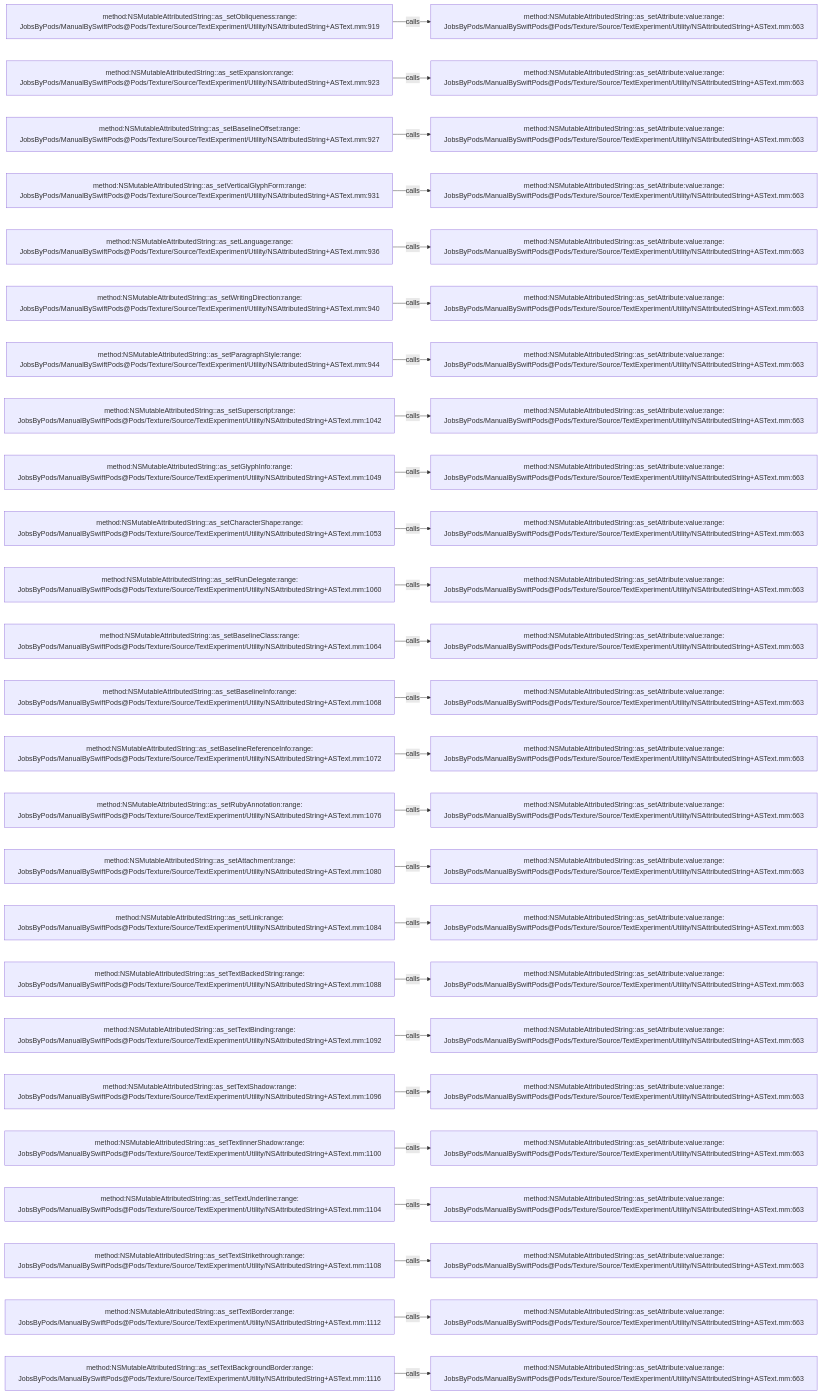
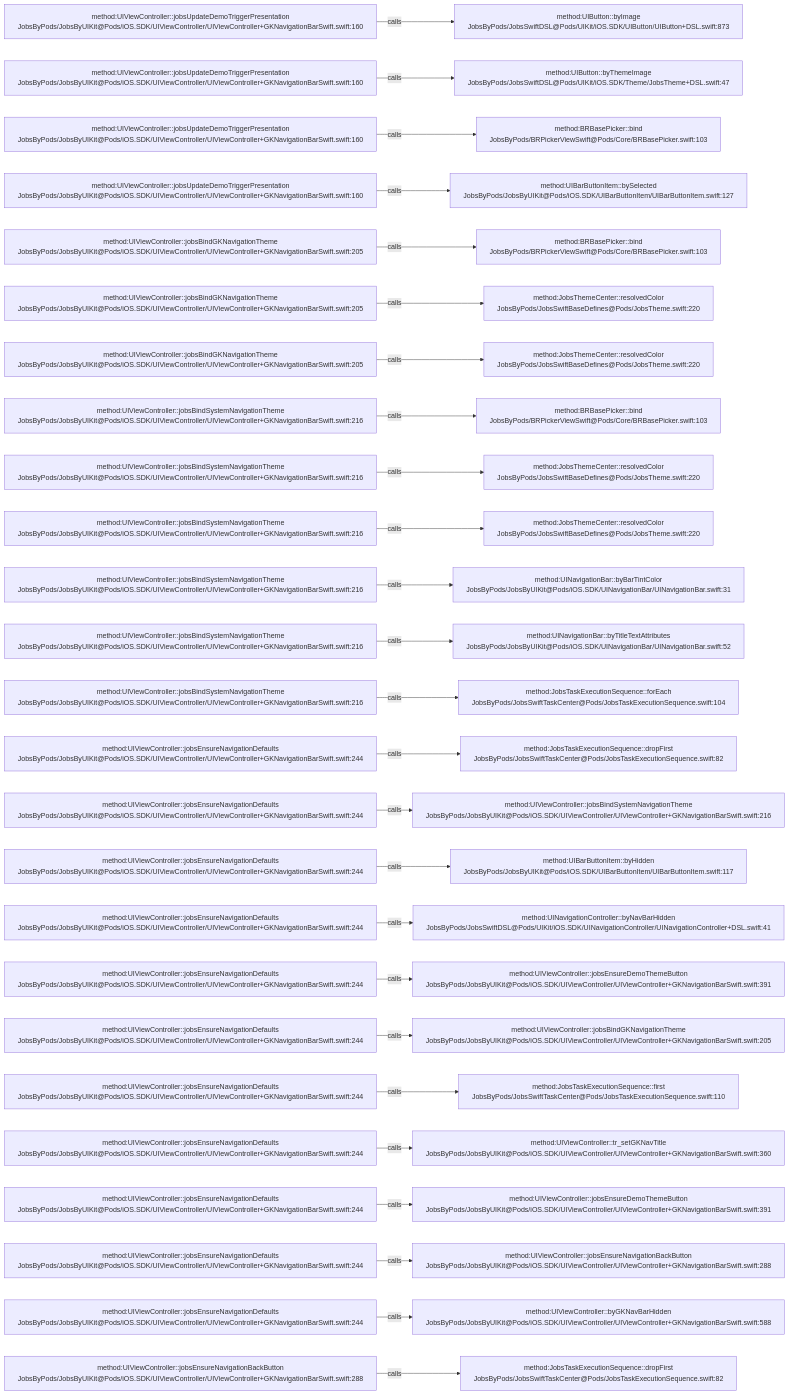
One commit to JobsKits/JobsSwiftBaseConfigDemo changed the diagram in .codegraph/codegraph.md/graphs/calls-146.md. Above: the diagram before and after it, drawn with Mermaid. The commit also changed 224 other files, not shown here.

````diff
--- a/.codegraph/codegraph.md/graphs/calls-146.md
+++ b/.codegraph/codegraph.md/graphs/calls-146.md
@@ -13,78 +13,78 @@
 ```mermaid
 flowchart LR
-  S1["method:NSMutableAttributedString::as_setObliqueness:range:<br/>JobsByPods/ManualBySwiftPods@Pods/Texture/Source/TextExperiment/Utility/NSAttributedString+ASText.mm:919"]
-  T1["method:NSMutableAttributedString::as_setAttribute:value:range:<br/>JobsByPods/ManualBySwiftPods@Pods/Texture/Source/TextExperiment/Utility/NSAttributedString+ASText.mm:663"]
+  S1["method:UIViewController::jobsUpdateDemoTriggerPresentation<br/>JobsByPods/JobsByUIKit@Pods/iOS.SDK/UIViewController/UIViewController+GKNavigationBarSwift.swift:160"]
+  T1["method:UIButton::byImage<br/>JobsByPods/JobsSwiftDSL@Pods/UIKit/iOS.SDK/UIButton/UIButton+DSL.swift:873"]
   S1 -->|calls| T1
-  S2["method:NSMutableAttributedString::as_setExpansion:range:<br/>JobsByPods/ManualBySwiftPods@Pods/Texture/Source/TextExperiment/Utility/NSAttributedString+ASText.mm:923"]
-  T2["method:NSMutableAttributedString::as_setAttribute:value:range:<br/>JobsByPods/ManualBySwiftPods@Pods/Texture/Source/TextExperiment/Utility/NSAttributedString+ASText.mm:663"]
+  S2["method:UIViewController::jobsUpdateDemoTriggerPresentation<br/>JobsByPods/JobsByUIKit@Pods/iOS.SDK/UIViewController/UIViewController+GKNavigationBarSwift.swift:160"]
+  T2["method:UIButton::byThemeImage<br/>JobsByPods/JobsSwiftDSL@Pods/UIKit/iOS.SDK/Theme/JobsTheme+DSL.swift:47"]
   S2 -->|calls| T2
-  S3["method:NSMutableAttributedString::as_setBaselineOffset:range:<br/>JobsByPods/ManualBySwiftPods@Pods/Texture/Source/TextExperiment/Utility/NSAttributedString+ASText.mm:927"]
-  T3["method:NSMutableAttributedString::as_setAttribute:value:range:<br/>JobsByPods/ManualBySwiftPods@Pods/Texture/Source/TextExperiment/Utility/NSAttributedString+ASText.mm:663"]
+  S3["method:UIViewController::jobsUpdateDemoTriggerPresentation<br/>JobsByPods/JobsByUIKit@Pods/iOS.SDK/UIViewController/UIViewController+GKNavigationBarSwift.swift:160"]
+  T3["method:BRBasePicker::bind<br/>JobsByPods/BRPickerViewSwift@Pods/Core/BRBasePicker.swift:103"]
   S3 -->|calls| T3
-  S4["method:NSMutableAttributedString::as_setVerticalGlyphForm:range:<br/>JobsByPods/ManualBySwiftPods@Pods/Texture/Source/TextExperiment/Utility/NSAttributedString+ASText.mm:931"]
-  T4["method:NSMutableAttributedString::as_setAttribute:value:range:<br/>JobsByPods/ManualBySwiftPods@Pods/Texture/Source/TextExperiment/Utility/NSAttributedString+ASText.mm:663"]
+  S4["method:UIViewController::jobsUpdateDemoTriggerPresentation<br/>JobsByPods/JobsByUIKit@Pods/iOS.SDK/UIViewController/UIViewController+GKNavigationBarSwift.swift:160"]
+  T4["method:UIBarButtonItem::bySelected<br/>JobsByPods/JobsByUIKit@Pods/iOS.SDK/UIBarButtonItem/UIBarButtonItem.swift:127"]
   S4 -->|calls| T4
-  S5["method:NSMutableAttributedString::as_setLanguage:range:<br/>JobsByPods/ManualBySwiftPods@Pods/Texture/Source/TextExperiment/Utility/NSAttributedString+ASText.mm:936"]
-  T5["method:NSMutableAttributedString::as_setAttribute:value:range:<br/>JobsByPods/ManualBySwiftPods@Pods/Texture/Source/TextExperiment/Utility/NSAttributedString+ASText.mm:663"]
+  S5["method:UIViewController::jobsBindGKNavigationTheme<br/>JobsByPods/JobsByUIKit@Pods/iOS.SDK/UIViewController/UIViewController+GKNavigationBarSwift.swift:205"]
+  T5["method:BRBasePicker::bind<br/>JobsByPods/BRPickerViewSwift@Pods/Core/BRBasePicker.swift:103"]
   S5 -->|calls| T5
-  S6["method:NSMutableAttributedString::as_setWritingDirection:range:<br/>JobsByPods/ManualBySwiftPods@Pods/Texture/Source/TextExperiment/Utility/NSAttributedString+ASText.mm:940"]
-  T6["method:NSMutableAttributedString::as_setAttribute:value:range:<br/>JobsByPods/ManualBySwiftPods@Pods/Texture/Source/TextExperiment/Utility/NSAttributedString+ASText.mm:663"]
+  S6["method:UIViewController::jobsBindGKNavigationTheme<br/>JobsByPods/JobsByUIKit@Pods/iOS.SDK/UIViewController/UIViewController+GKNavigationBarSwift.swift:205"]
+  T6["method:JobsThemeCenter::resolvedColor<br/>JobsByPods/JobsSwiftBaseDefines@Pods/JobsTheme.swift:220"]
   S6 -->|calls| T6
-  S7["method:NSMutableAttributedString::as_setParagraphStyle:range:<br/>JobsByPods/ManualBySwiftPods@Pods/Texture/Source/TextExperiment/Utility/NSAttributedString+ASText.mm:944"]
-  T7["method:NSMutableAttributedString::as_setAttribute:value:range:<br/>JobsByPods/ManualBySwiftPods@Pods/Texture/Source/TextExperiment/Utility/NSAttributedString+ASText.mm:663"]
+  S7["method:UIViewController::jobsBindGKNavigationTheme<br/>JobsByPods/JobsByUIKit@Pods/iOS.SDK/UIViewController/UIViewController+GKNavigationBarSwift.swift:205"]
+  T7["method:JobsThemeCenter::resolvedColor<br/>JobsByPods/JobsSwiftBaseDefines@Pods/JobsTheme.swift:220"]
   S7 -->|calls| T7
-  S8["method:NSMutableAttributedString::as_setSuperscript:range:<br/>JobsByPods/ManualBySwiftPods@Pods/Texture/Source/TextExperiment/Utility/NSAttributedString+ASText.mm:1042"]
-  T8["method:NSMutableAttributedString::as_setAttribute:value:range:<br/>JobsByPods/ManualBySwiftPods@Pods/Texture/Source/TextExperiment/Utility/NSAttributedString+ASText.mm:663"]
+  S8["method:UIViewController::jobsBindSystemNavigationTheme<br/>JobsByPods/JobsByUIKit@Pods/iOS.SDK/UIViewController/UIViewController+GKNavigationBarSwift.swift:216"]
+  T8["method:BRBasePicker::bind<br/>JobsByPods/BRPickerViewSwift@Pods/Core/BRBasePicker.swift:103"]
   S8 -->|calls| T8
-  S9["method:NSMutableAttributedString::as_setGlyphInfo:range:<br/>JobsByPods/ManualBySwiftPods@Pods/Texture/Source/TextExperiment/Utility/NSAttributedString+ASText.mm:1049"]
-  T9["method:NSMutableAttributedString::as_setAttribute:value:range:<br/>JobsByPods/ManualBySwiftPods@Pods/Texture/Source/TextExperiment/Utility/NSAttributedString+ASText.mm:663"]
+  S9["method:UIViewController::jobsBindSystemNavigationTheme<br/>JobsByPods/JobsByUIKit@Pods/iOS.SDK/UIViewController/UIViewController+GKNavigationBarSwift.swift:216"]
+  T9["method:JobsThemeCenter::resolvedColor<br/>JobsByPods/JobsSwiftBaseDefines@Pods/JobsTheme.swift:220"]
   S9 -->|calls| T9
-  S10["method:NSMutableAttributedString::as_setCharacterShape:range:<br/>JobsByPods/ManualBySwiftPods@Pods/Texture/Source/TextExperiment/Utility/NSAttributedString+ASText.mm:1053"]
-  T10["method:NSMutableAttributedString::as_setAttribute:value:range:<br/>JobsByPods/ManualBySwiftPods@Pods/Texture/Source/TextExperiment/Utility/NSAttributedString+ASText.mm:663"]
+  S10["method:UIViewController::jobsBindSystemNavigationTheme<br/>JobsByPods/JobsByUIKit@Pods/iOS.SDK/UIViewController/UIViewController+GKNavigationBarSwift.swift:216"]
+  T10["method:JobsThemeCenter::resolvedColor<br/>JobsByPods/JobsSwiftBaseDefines@Pods/JobsTheme.swift:220"]
   S10 -->|calls| T10
-  S11["method:NSMutableAttributedString::as_setRunDelegate:range:<br/>JobsByPods/ManualBySwiftPods@Pods/Texture/Source/TextExperiment/Utility/NSAttributedString+ASText.mm:1060"]
-  T11["method:NSMutableAttributedString::as_setAttribute:value:range:<br/>JobsByPods/ManualBySwiftPods@Pods/Texture/Source/TextExperiment/Utility/NSAttributedString+ASText.mm:663"]
+  S11["method:UIViewController::jobsBindSystemNavigationTheme<br/>JobsByPods/JobsByUIKit@Pods/iOS.SDK/UIViewController/UIViewController+GKNavigationBarSwift.swift:216"]
+  T11["method:UINavigationBar::byBarTintColor<br/>JobsByPods/JobsByUIKit@Pods/iOS.SDK/UINavigationBar/UINavigationBar.swift:31"]
   S11 -->|calls| T11
-  S12["method:NSMutableAttributedString::as_setBaselineClass:range:<br/>JobsByPods/ManualBySwiftPods@Pods/Texture/Source/TextExperiment/Utility/NSAttributedString+ASText.mm:1064"]
-  T12["method:NSMutableAttributedString::as_setAttribute:value:range:<br/>JobsByPods/ManualBySwiftPods@Pods/Texture/Source/TextExperiment/Utility/NSAttributedString+ASText.mm:663"]
+  S12["method:UIViewController::jobsBindSystemNavigationTheme<br/>JobsByPods/JobsByUIKit@Pods/iOS.SDK/UIViewController/UIViewController+GKNavigationBarSwift.swift:216"]
+  T12["method:UINavigationBar::byTitleTextAttributes<br/>JobsByPods/JobsByUIKit@Pods/iOS.SDK/UINavigationBar/UINavigationBar.swift:52"]
   S12 -->|calls| T12
-  S13["method:NSMutableAttributedString::as_setBaselineInfo:range:<br/>JobsByPods/ManualBySwiftPods@Pods/Texture/Source/TextExperiment/Utility/NSAttributedString+ASText.mm:1068"]
-  T13["method:NSMutableAttributedString::as_setAttribute:value:range:<br/>JobsByPods/ManualBySwiftPods@Pods/Texture/Source/TextExperiment/Utility/NSAttributedString+ASText.mm:663"]
+  S13["method:UIViewController::jobsBindSystemNavigationTheme<br/>JobsByPods/JobsByUIKit@Pods/iOS.SDK/UIViewController/UIViewController+GKNavigationBarSwift.swift:216"]
+  T13["method:JobsTaskExecutionSequence::forEach<br/>JobsByPods/JobsSwiftTaskCenter@Pods/JobsTaskExecutionSequence.swift:104"]
   S13 -->|calls| T13
-  S14["method:NSMutableAttributedString::as_setBaselineReferenceInfo:range:<br/>JobsByPods/ManualBySwiftPods@Pods/Texture/Source/TextExperiment/Utility/NSAttributedString+ASText.mm:1072"]
-  T14["method:NSMutableAttributedString::as_setAttribute:value:range:<br/>JobsByPods/ManualBySwiftPods@Pods/Texture/Source/TextExperiment/Utility/NSAttributedString+ASText.mm:663"]
+  S14["method:UIViewController::jobsEnsureNavigationDefaults<br/>JobsByPods/JobsByUIKit@Pods/iOS.SDK/UIViewController/UIViewController+GKNavigationBarSwift.swift:244"]
+  T14["method:JobsTaskExecutionSequence::dropFirst<br/>JobsByPods/JobsSwiftTaskCenter@Pods/JobsTaskExecutionSequence.swift:82"]
   S14 -->|calls| T14
-  S15["method:NSMutableAttributedString::as_setRubyAnnotation:range:<br/>JobsByPods/ManualBySwiftPods@Pods/Texture/Source/TextExperiment/Utility/NSAttributedString+ASText.mm:1076"]
-  T15["method:NSMutableAttributedString::as_setAttribute:value:range:<br/>JobsByPods/ManualBySwiftPods@Pods/Texture/Source/TextExperiment/Utility/NSAttributedString+ASText.mm:663"]
+  S15["method:UIViewController::jobsEnsureNavigationDefaults<br/>JobsByPods/JobsByUIKit@Pods/iOS.SDK/UIViewController/UIViewController+GKNavigationBarSwift.swift:244"]
+  T15["method:UIViewController::jobsBindSystemNavigationTheme<br/>JobsByPods/JobsByUIKit@Pods/iOS.SDK/UIViewController/UIViewController+GKNavigationBarSwift.swift:216"]
   S15 -->|calls| T15
-  S16["method:NSMutableAttributedString::as_setAttachment:range:<br/>JobsByPods/ManualBySwiftPods@Pods/Texture/Source/TextExperiment/Utility/NSAttributedString+ASText.mm:1080"]
-  T16["method:NSMutableAttributedString::as_setAttribute:value:range:<br/>JobsByPods/ManualBySwiftPods@Pods/Texture/Source/TextExperiment/Utility/NSAttributedString+ASText.mm:663"]
+  S16["method:UIViewController::jobsEnsureNavigationDefaults<br/>JobsByPods/JobsByUIKit@Pods/iOS.SDK/UIViewController/UIViewController+GKNavigationBarSwift.swift:244"]
+  T16["method:UIBarButtonItem::byHidden<br/>JobsByPods/JobsByUIKit@Pods/iOS.SDK/UIBarButtonItem/UIBarButtonItem.swift:117"]
   S16 -->|calls| T16
-  S17["method:NSMutableAttributedString::as_setLink:range:<br/>JobsByPods/ManualBySwiftPods@Pods/Texture/Source/TextExperiment/Utility/NSAttributedString+ASText.mm:1084"]
-  T17["method:NSMutableAttributedString::as_setAttribute:value:range:<br/>JobsByPods/ManualBySwiftPods@Pods/Texture/Source/TextExperiment/Utility/NSAttributedString+ASText.mm:663"]
+  S17["method:UIViewController::jobsEnsureNavigationDefaults<br/>JobsByPods/JobsByUIKit@Pods/iOS.SDK/UIViewController/UIViewController+GKNavigationBarSwift.swift:244"]
+  T17["method:UINavigationController::byNavBarHidden<br/>JobsByPods/JobsSwiftDSL@Pods/UIKit/iOS.SDK/UINavigationController/UINavigationController+DSL.swift:41"]
   S17 -->|calls| T17
-  S18["method:NSMutableAttributedString::as_setTextBackedString:range:<br/>JobsByPods/ManualBySwiftPods@Pods/Texture/Source/TextExperiment/Utility/NSAttributedString+ASText.mm:1088"]
-  T18["method:NSMutableAttributedString::as_setAttribute:value:range:<br/>JobsByPods/ManualBySwiftPods@Pods/Texture/Source/TextExperiment/Utility/NSAttributedString+ASText.mm:663"]
+  S18["method:UIViewController::jobsEnsureNavigationDefaults<br/>JobsByPods/JobsByUIKit@Pods/iOS.SDK/UIViewController/UIViewController+GKNavigationBarSwift.swift:244"]
+  T18["method:UIViewController::jobsEnsureDemoThemeButton<br/>JobsByPods/JobsByUIKit@Pods/iOS.SDK/UIViewController/UIViewController+GKNavigationBarSwift.swift:391"]
   S18 -->|calls| T18
-  S19["method:NSMutableAttributedString::as_setTextBinding:range:<br/>JobsByPods/ManualBySwiftPods@Pods/Texture/Source/TextExperiment/Utility/NSAttributedString+ASText.mm:1092"]
-  T19["method:NSMutableAttributedString::as_setAttribute:value:range:<br/>JobsByPods/ManualBySwiftPods@Pods/Texture/Source/TextExperiment/Utility/NSAttributedString+ASText.mm:663"]
+  S19["method:UIViewController::jobsEnsureNavigationDefaults<br/>JobsByPods/JobsByUIKit@Pods/iOS.SDK/UIViewController/UIViewController+GKNavigationBarSwift.swift:244"]
+  T19["method:UIViewController::jobsBindGKNavigationTheme<br/>JobsByPods/JobsByUIKit@Pods/iOS.SDK/UIViewController/UIViewController+GKNavigationBarSwift.swift:205"]
   S19 -->|calls| T19
-  S20["method:NSMutableAttributedString::as_setTextShadow:range:<br/>JobsByPods/ManualBySwiftPods@Pods/Texture/Source/TextExperiment/Utility/NSAttributedString+ASText.mm:1096"]
-  T20["method:NSMutableAttributedString::as_setAttribute:value:range:<br/>JobsByPods/ManualBySwiftPods@Pods/Texture/Source/TextExperiment/Utility/NSAttributedString+ASText.mm:663"]
+  S20["method:UIViewController::jobsEnsureNavigationDefaults<br/>JobsByPods/JobsByUIKit@Pods/iOS.SDK/UIViewController/UIViewController+GKNavigationBarSwift.swift:244"]
+  T20["method:JobsTaskExecutionSequence::first<br/>JobsByPods/JobsSwiftTaskCenter@Pods/JobsTaskExecutionSequence.swift:110"]
   S20 -->|calls| T20
-  S21["method:NSMutableAttributedString::as_setTextInnerShadow:range:<br/>JobsByPods/ManualBySwiftPods@Pods/Texture/Source/TextExperiment/Utility/NSAttributedString+ASText.mm:1100"]
-  T21["method:NSMutableAttributedString::as_setAttribute:value:range:<br/>JobsByPods/ManualBySwiftPods@Pods/Texture/Source/TextExperiment/Utility/NSAttributedString+ASText.mm:663"]
+  S21["method:UIViewController::jobsEnsureNavigationDefaults<br/>JobsByPods/JobsByUIKit@Pods/iOS.SDK/UIViewController/UIViewController+GKNavigationBarSwift.swift:244"]
+  T21["method:UIViewController::tr_setGKNavTitle<br/>JobsByPods/JobsByUIKit@Pods/iOS.SDK/UIViewController/UIViewController+GKNavigationBarSwift.swift:360"]
   S21 -->|calls| T21
-  S22["method:NSMutableAttributedString::as_setTextUnderline:range:<br/>JobsByPods/ManualBySwiftPods@Pods/Texture/Source/TextExperiment/Utility/NSAttributedString+ASText.mm:1104"]
-  T22["method:NSMutableAttributedString::as_setAttribute:value:range:<br/>JobsByPods/ManualBySwiftPods@Pods/Texture/Source/TextExperiment/Utility/NSAttributedString+ASText.mm:663"]
+  S22["method:UIViewController::jobsEnsureNavigationDefaults<br/>JobsByPods/JobsByUIKit@Pods/iOS.SDK/UIViewController/UIViewController+GKNavigationBarSwift.swift:244"]
+  T22["method:UIViewController::jobsEnsureDemoThemeButton<br/>JobsByPods/JobsByUIKit@Pods/iOS.SDK/UIViewController/UIViewController+GKNavigationBarSwift.swift:391"]
   S22 -->|calls| T22
-  S23["method:NSMutableAttributedString::as_setTextStrikethrough:range:<br/>JobsByPods/ManualBySwiftPods@Pods/Texture/Source/TextExperiment/Utility/NSAttributedString+ASText.mm:1108"]
-  T23["method:NSMutableAttributedString::as_setAttribute:value:range:<br/>JobsByPods/ManualBySwiftPods@Pods/Texture/Source/TextExperiment/Utility/NSAttributedString+ASText.mm:663"]
+  S23["method:UIViewController::jobsEnsureNavigationDefaults<br/>JobsByPods/JobsByUIKit@Pods/iOS.SDK/UIViewController/UIViewController+GKNavigationBarSwift.swift:244"]
+  T23["method:UIViewController::jobsEnsureNavigationBackButton<br/>JobsByPods/JobsByUIKit@Pods/iOS.SDK/UIViewController/UIViewController+GKNavigationBarSwift.swift:288"]
   S23 -->|calls| T23
-  S24["method:NSMutableAttributedString::as_setTextBorder:range:<br/>JobsByPods/ManualBySwiftPods@Pods/Texture/Source/TextExperiment/Utility/NSAttributedString+ASText.mm:1112"]
-  T24["method:NSMutableAttributedString::as_setAttribute:value:range:<br/>JobsByPods/ManualBySwiftPods@Pods/Texture/Source/TextExperiment/Utility/NSAttributedString+ASText.mm:663"]
+  S24["method:UIViewController::jobsEnsureNavigationDefaults<br/>JobsByPods/JobsByUIKit@Pods/iOS.SDK/UIViewController/UIViewController+GKNavigationBarSwift.swift:244"]
+  T24["method:UIViewController::byGKNavBarHidden<br/>JobsByPods/JobsByUIKit@Pods/iOS.SDK/UIViewController/UIViewController+GKNavigationBarSwift.swift:588"]
   S24 -->|calls| T24
-  S25["method:NSMutableAttributedString::as_setTextBackgroundBorder:range:<br/>JobsByPods/ManualBySwiftPods@Pods/Texture/Source/TextExperiment/Utility/NSAttributedString+ASText.mm:1116"]
-  T25["method:NSMutableAttributedString::as_setAttribute:value:range:<br/>JobsByPods/ManualBySwiftPods@Pods/Texture/Source/TextExperiment/Utility/NSAttributedString+ASText.mm:663"]
+  S25["method:UIViewController::jobsEnsureNavigationBackButton<br/>JobsByPods/JobsByUIKit@Pods/iOS.SDK/UIViewController/UIViewController+GKNavigationBarSwift.swift:288"]
+  T25["method:JobsTaskExecutionSequence::dropFirst<br/>JobsByPods/JobsSwiftTaskCenter@Pods/JobsTaskExecutionSequence.swift:82"]
   S25 -->|calls| T25
 ```
````
